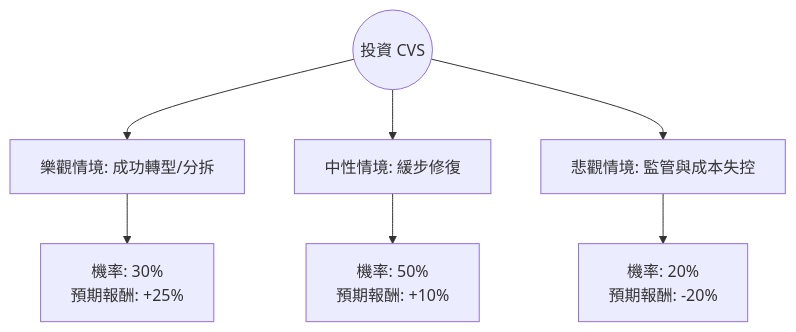
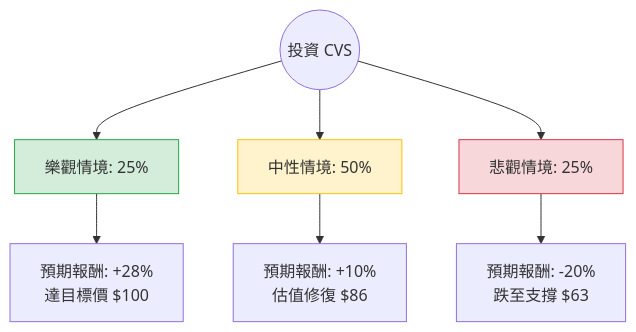
The diagram in plugin-react/ai-analysis/ev-analysis/CVS.md (zmcx16/zmcx16.github.io), drawn with Mermaid before and after one commit. The commit also changed other lines of this file and 79 other files, not shown here.

````diff
--- a/plugin-react/ai-analysis/ev-analysis/CVS.md
+++ b/plugin-react/ai-analysis/ev-analysis/CVS.md
@@ -19,10 +19,14 @@
 ```mermaid
 graph TD
-    Start((投資 CVS)) --> Bull[樂觀情境: 成功轉型/分拆]
-    Start --> Base[中性情境: 緩步修復]
-    Start --> Bear[悲觀情境: 監管與成本失控]
+    Start((投資 CVS)) --> Bull[樂觀情境: 25%]
+    Start --> Base[中性情境: 50%]
+    Start --> Bear[悲觀情境: 25%]
 
-    Bull --> BullVal[機率: 30% <br/> 預期報酬: +25%]
-    Base --> BaseVal[機率: 50% <br/> 預期報酬: +10%]
-    Bear --> BearVal[機率: 20% <br/> 預期報酬: -20%]
+    Bull --> Bull_Ret[預期報酬: +28% <br/> 達目標價 $100]
+    Base --> Base_Ret[預期報酬: +10% <br/> 估值修復 $86]
+    Bear --> Bear_Ret[預期報酬: -20% <br/> 跌至支撐 $63]
+
+    style Bull fill:#d4edda,stroke:#28a745
+    style Base fill:#fff3cd,stroke:#ffc107
+    style Bear fill:#f8d7da,stroke:#dc3545
 ```
````
